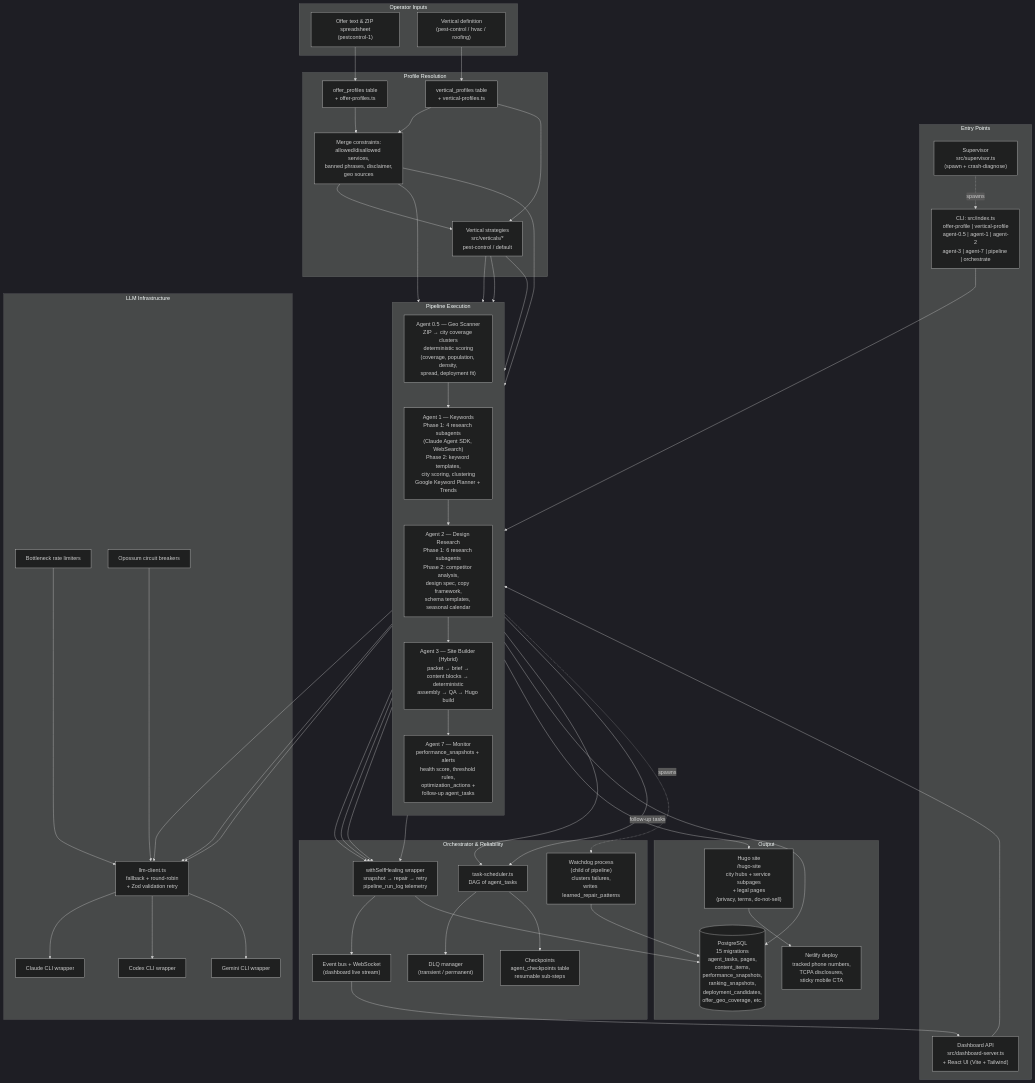
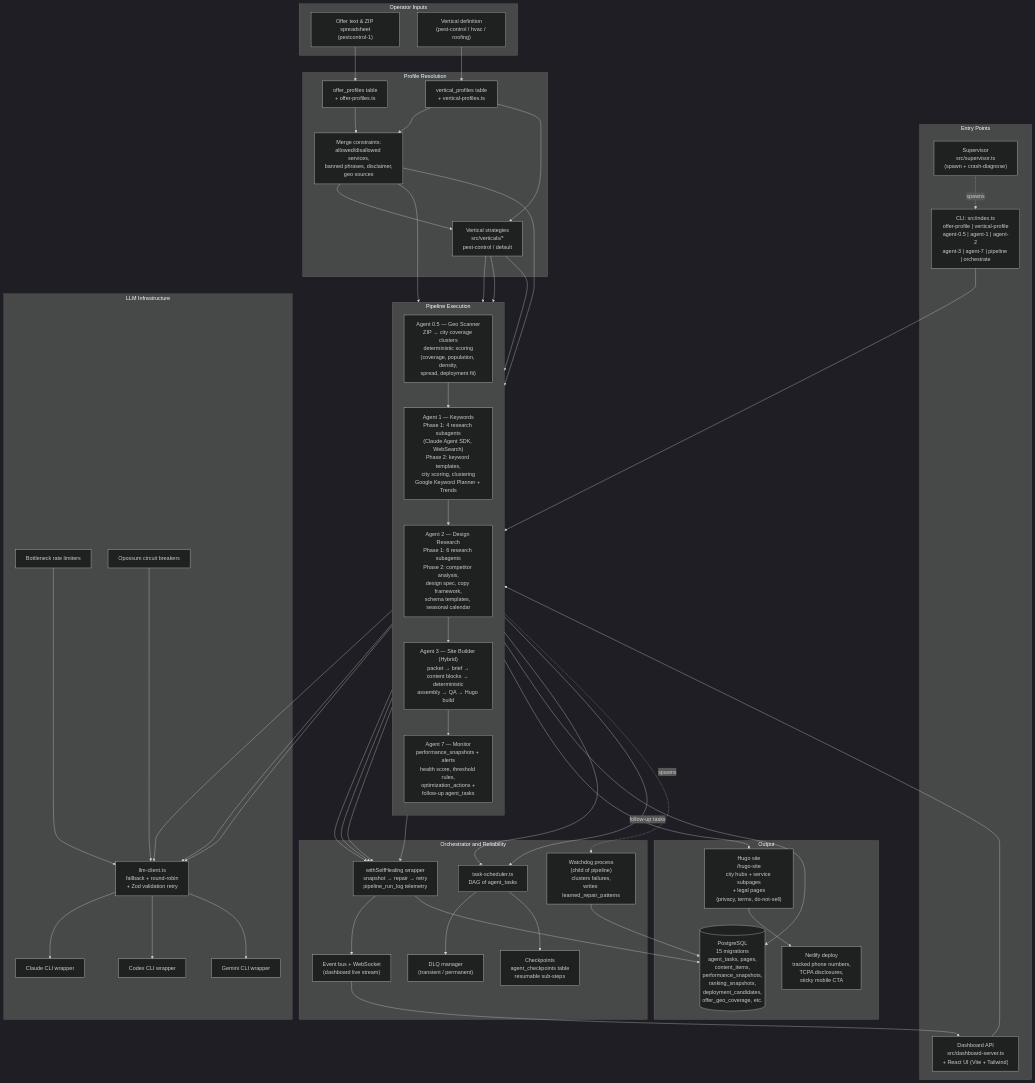
The first of 2 diagrams in README.md (kkudumu/parallel-callforge), drawn with Mermaid (dark theme) before and after one commit. The commit also changed other lines of this file, not shown here.

Commit message:
fix(readme): quote mermaid subgraph titles that contained parens/colons

```diff
--- a/README.md
+++ b/README.md
@@ -94,7 +94,7 @@
     end
 
     %% ===== Orchestrator =====
-    subgraph ORCH[Orchestrator & Reliability]
+    subgraph ORCH["Orchestrator and Reliability"]
         SCHED["task-scheduler.ts<br/>DAG of agent_tasks"]
         DLQ["DLQ manager<br/>(transient / permanent)"]
         CHK["Checkpoints<br/>agent_checkpoints table<br/>resumable sub-steps"]
```
